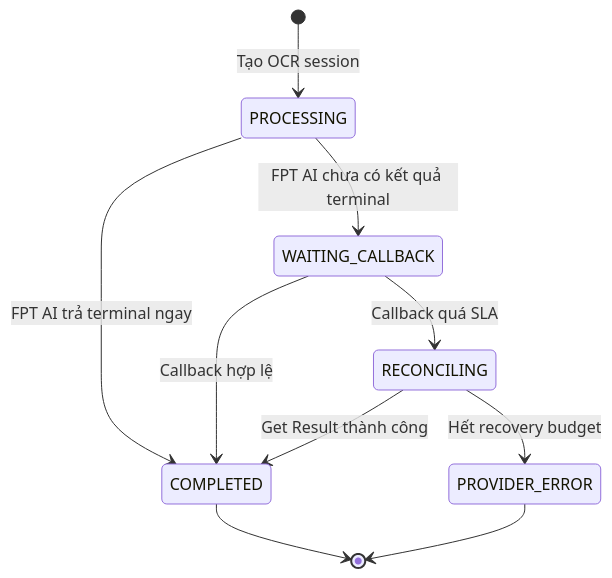
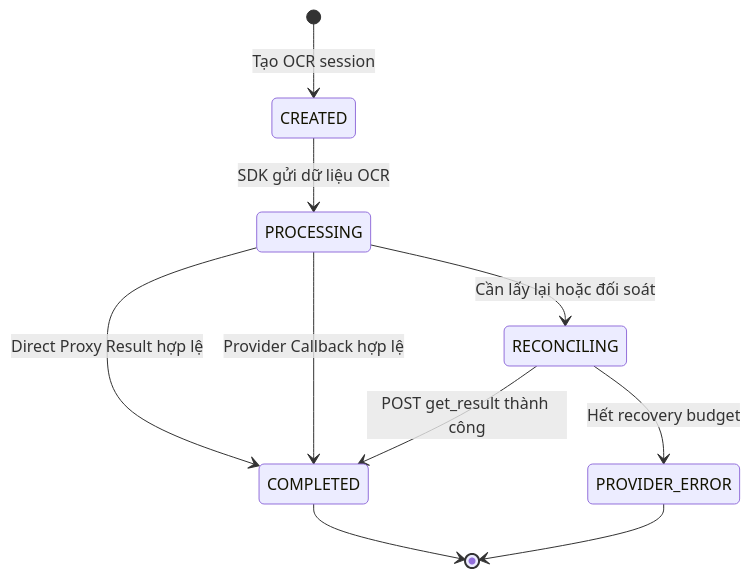
Before and after one commit to huynv-xyz/vhm: the third of 9 diagrams in noxh.md, drawn with Mermaid. The commit also changed other lines of this file, not shown here.

````diff
--- a/noxh.md
+++ b/noxh.md
@@ -247,12 +248,12 @@
 ```mermaid
 stateDiagram-v2
-    [*] --> PROCESSING: Tạo OCR session
-    PROCESSING --> COMPLETED: FPT AI trả terminal ngay
-    PROCESSING --> WAITING_CALLBACK: FPT AI chưa có kết quả terminal
-    WAITING_CALLBACK --> COMPLETED: Callback hợp lệ
-    WAITING_CALLBACK --> RECONCILING: Callback quá SLA
-    RECONCILING --> COMPLETED: Get Result thành công
+    [*] --> CREATED: Tạo OCR session
+    CREATED --> PROCESSING: SDK gửi dữ liệu OCR
+    PROCESSING --> COMPLETED: Direct Proxy Result hợp lệ
+    PROCESSING --> COMPLETED: Provider Callback hợp lệ
+    PROCESSING --> RECONCILING: Cần lấy lại hoặc đối soát
+    RECONCILING --> COMPLETED: POST get_result thành công
     RECONCILING --> PROVIDER_ERROR: Hết recovery budget
     COMPLETED --> [*]
     PROVIDER_ERROR --> [*]
 ```
````
